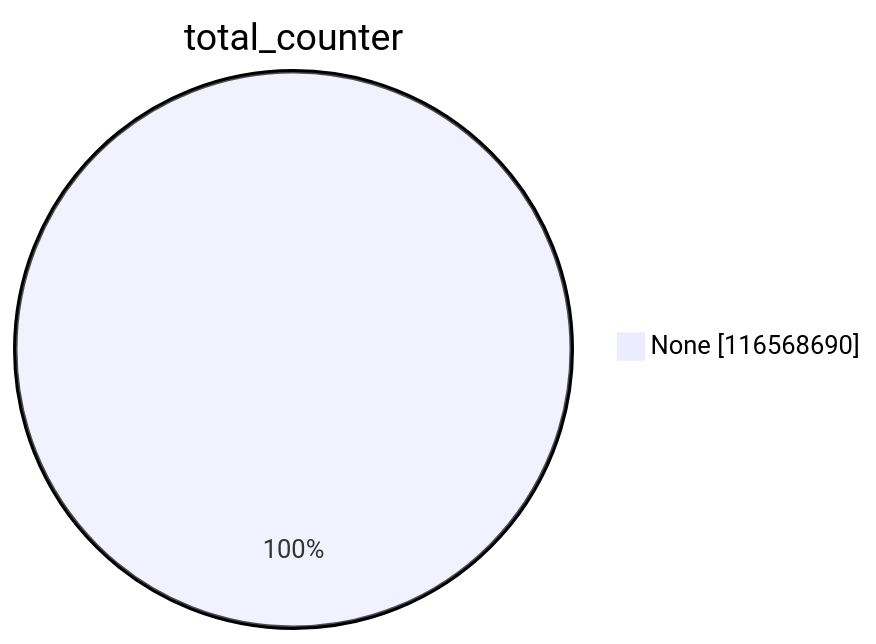
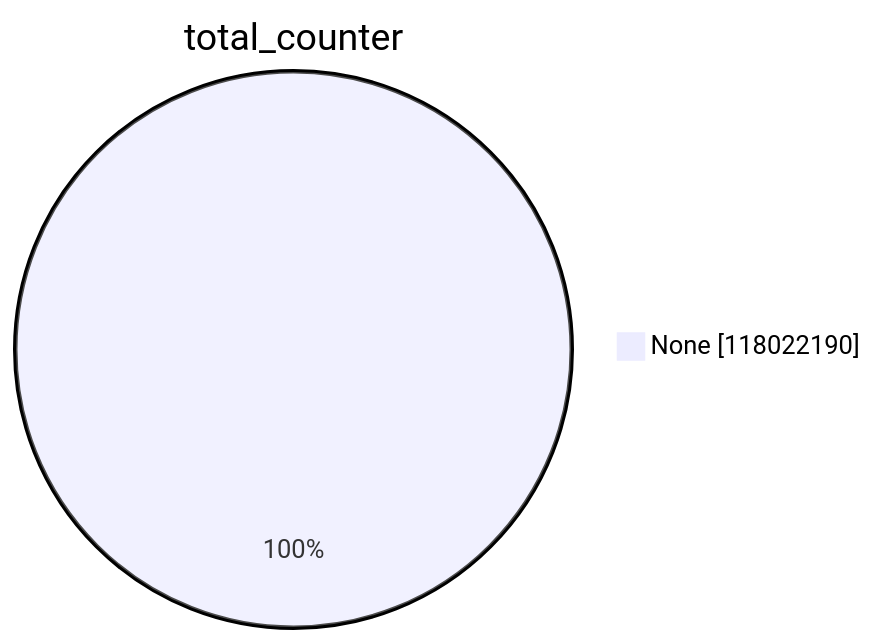
The first of 15 diagrams in xenon2023/README.md (christiankrug/ctmonitor_visualization), drawn with Mermaid before and after one commit. The commit also changed other lines of this file, not shown here.

````diff
--- a/xenon2023/README.md
+++ b/xenon2023/README.md
@@ -1,5 +1,5 @@
 ```mermaid
 pie showData
 title total_counter
-"None" :116568690
+"None" :118022190
 ```
````
